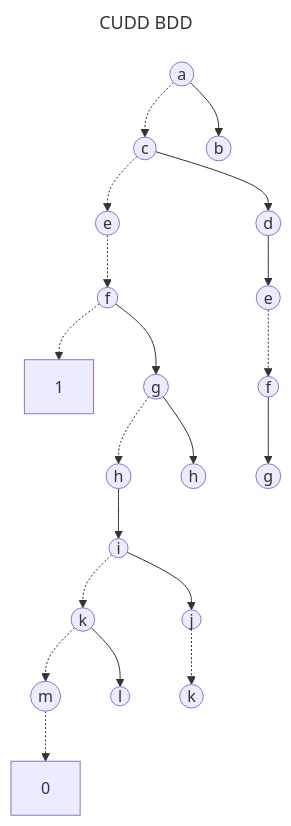
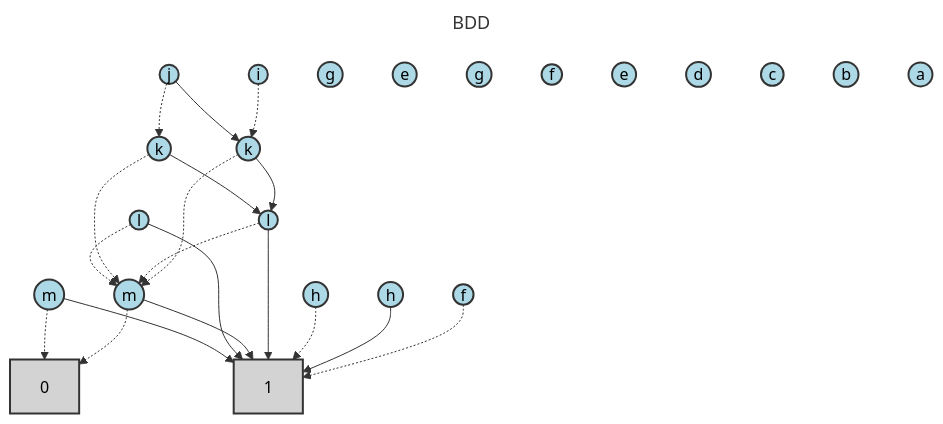
The second of 2 diagrams in test_expressions/cudd_reference_outputs/deeply_nested_analysis.md (Alan-Jowett/bdd_test), drawn with Mermaid before and after one commit. The commit also changed other lines of this file and 13 other files, not shown here.

````diff
--- a/test_expressions/cudd_reference_outputs/deeply_nested_analysis.md
+++ b/test_expressions/cudd_reference_outputs/deeply_nested_analysis.md
@@ -112,67 +112,73 @@
 ```mermaid
 ---
-title: CUDD BDD
+title: BDD
 ---
 flowchart TD
-    N0(("a"))
-    N1(("c"))
-    N2(("e"))
-    N3(("f"))
-    N4["1"]
-    N5(("g"))
-    N6(("h"))
-    N7(("i"))
-    N8(("k"))
-    N9(("m"))
-    N10["0"]
-    N11(("l"))
-    N12(("j"))
-    N13(("k"))
-    N14(("h"))
-    N15(("d"))
-    N16(("e"))
-    N17(("f"))
-    N18(("g"))
-    N19(("b"))
+    N0["0"]
+    N1["1"]
+    N2(("m"))
+    N3(("l"))
+    N4(("k"))
+    N5(("m"))
+    N6(("l"))
+    N7(("k"))
+    N8(("j"))
+    N9(("i"))
+    N10(("h"))
+    N11(("h"))
+    N12(("g"))
+    N13(("f"))
+    N14(("e"))
+    N15(("g"))
+    N16(("f"))
+    N17(("e"))
+    N18(("d"))
+    N19(("c"))
+    N20(("b"))
+    N21(("a"))
 
-    N0 -.-> N1
-    N1 -.-> N2
-    N2 -.-> N3
-    N3 -.-> N4
-    N3 --> N5
-    N5 -.-> N6
-    N6 --> N7
-    N7 -.-> N8
-    N8 -.-> N9
-    N9 -.-> N10
-    N8 --> N11
-    N7 --> N12
-    N12 -.-> N13
-    N5 --> N14
-    N1 --> N15
-    N15 --> N16
-    N16 -.-> N17
-    N17 --> N18
-    N0 --> N19
+    N2 -.-> N0
+    N2 --> N1
+    N3 -.-> N5
+    N3 --> N1
+    N4 -.-> N5
+    N4 --> N6
+    N5 -.-> N0
+    N5 --> N1
+    N6 -.-> N5
+    N6 --> N1
+    N7 -.-> N5
+    N7 --> N6
+    N8 -.-> N4
+    N8 --> N7
+    N9 -.-> N7
+    N10 -.-> N1
+    N11 --> N1
+    N13 -.-> N1
 
-    class N0 default
-    class N1 default
-    class N2 default
-    class N3 default
-    class N4 default
-    class N5 default
-    class N6 default
-    class N7 default
-    class N8 default
-    class N9 default
-    class N10 default
-    class N11 default
-    class N12 default
-    class N13 default
-    class N14 default
-    class N15 default
-    class N16 default
-    class N17 default
-    class N18 default
-    class N19 default
+    class N0 terminal
+    class N1 terminal
+    class N2 bddVariable
+    class N3 bddVariable
+    class N4 bddVariable
+    class N5 bddVariable
+    class N6 bddVariable
+    class N7 bddVariable
+    class N8 bddVariable
+    class N9 bddVariable
+    class N10 bddVariable
+    class N11 bddVariable
+    class N12 bddVariable
+    class N13 bddVariable
+    class N14 bddVariable
+    class N15 bddVariable
+    class N16 bddVariable
+    class N17 bddVariable
+    class N18 bddVariable
+    class N19 bddVariable
+    class N20 bddVariable
+    class N21 bddVariable
+
+    classDef bddVariable fill:lightblue,stroke:#333,stroke-width:2px,color:#000
+    classDef terminal fill:lightgray,stroke:#333,stroke-width:2px,color:#000
 ```
````
